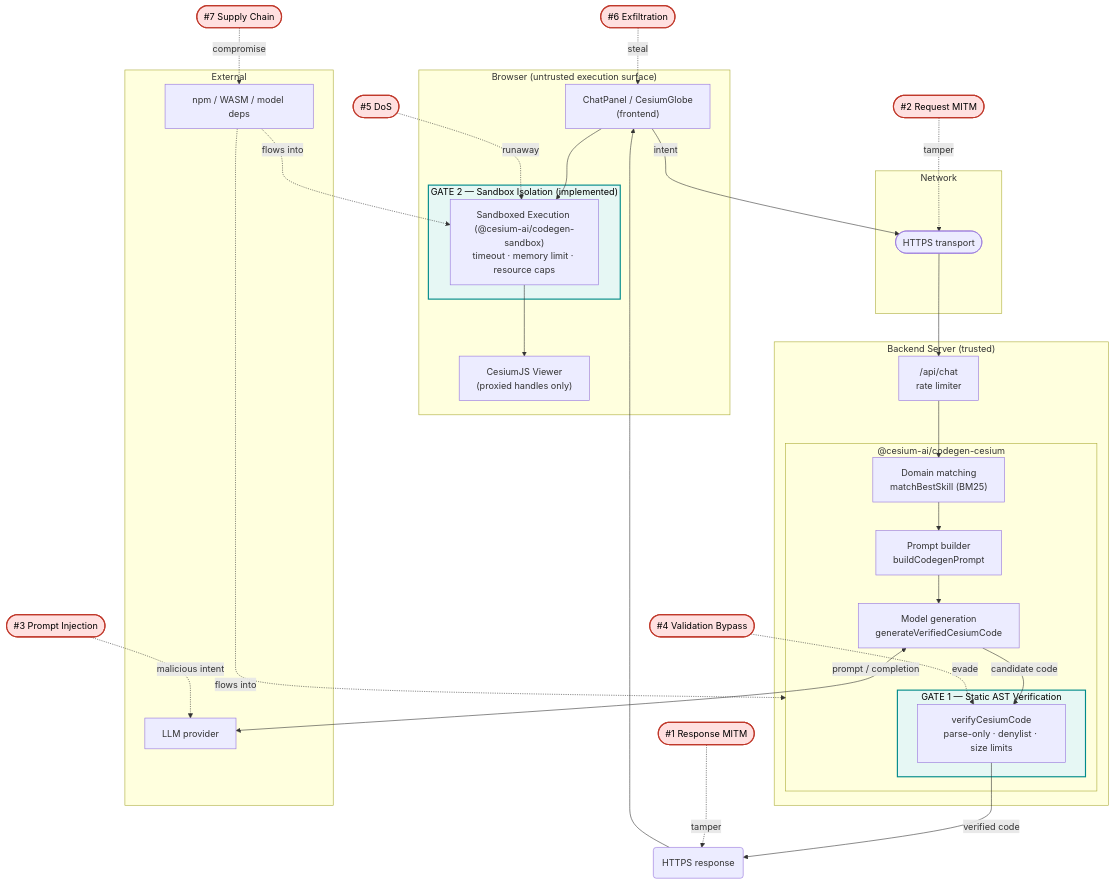
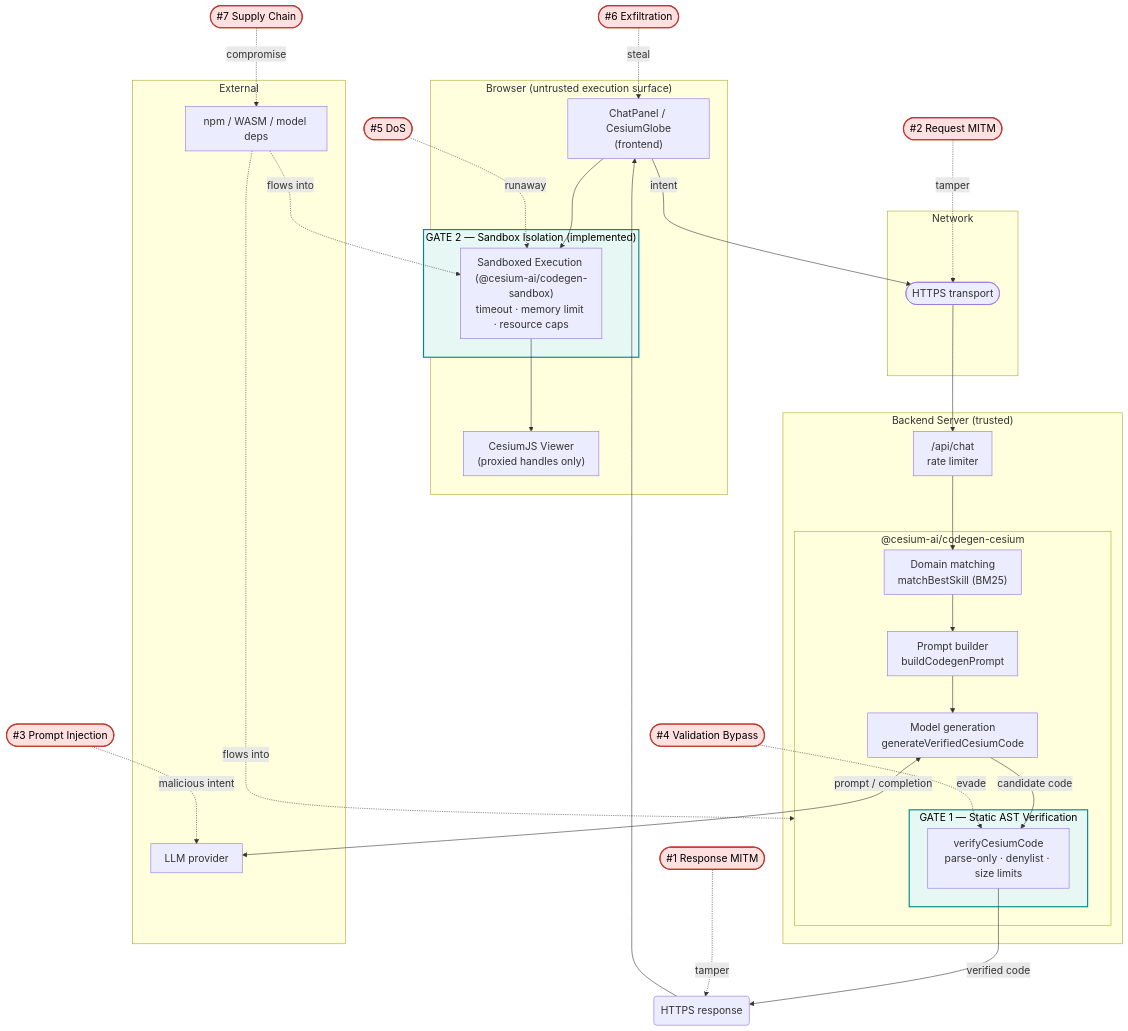
Before and after one commit to CesiumGS/cesiumjs-ai-starter-app: the diagram in docs/architectures/codegen-tool-security-attacks-vectors.md, drawn with Mermaid. The commit also changed other lines of this file and 21 other files, not shown here.

````diff
--- a/docs/architectures/codegen-tool-security-attacks-vectors.md
+++ b/docs/architectures/codegen-tool-security-attacks-vectors.md
@@ -24,52 +24,53 @@
 ```mermaid
+%%{init: {"themeVariables": {"fontSize": "18px"}, "flowchart": {"nodeSpacing": 45, "rankSpacing": 65, "padding": 12}}}%%
 flowchart TB
     subgraph CLIENT["Browser (untrusted execution surface)"]
         FE["ChatPanel / CesiumGlobe<br/>(frontend)"]
         subgraph GATE2["GATE 2 — Sandbox Isolation (implemented)"]
             SBX["Sandboxed Execution (@cesium-ai/codegen-sandbox)<br/>timeout · memory limit · resource caps"]
         end
         VIEWER["CesiumJS Viewer<br/>(proxied handles only)"]
     end
 
     subgraph NET["Network"]
         WIRE(["HTTPS transport"])
     end
 
     subgraph SERVER["Backend Server (trusted)"]
         API["/api/chat<br/>rate limiter"]
         subgraph CG["@cesium-ai/codegen-cesium"]
             DM["Domain matching<br/>matchBestSkill (BM25)"]
             PB["Prompt builder<br/>buildCodegenPrompt"]
             GEN["Model generation<br/>generateVerifiedCesiumCode"]
             subgraph GATE1["GATE 1 — Static AST Verification"]
                 VER["verifyCesiumCode<br/>parse-only · denylist · size limits"]
             end
         end
     end
 
     subgraph EXT["External"]
         LLM["LLM provider"]
         DEPS["npm / WASM / model deps"]
     end
 
     FE -->|intent| WIRE --> API --> DM --> PB --> GEN
     GEN <-->|prompt / completion| LLM
     GEN -->|candidate code| VER
     VER -->|verified code| WIRE2("HTTPS response") --> FE
     FE --> SBX --> VIEWER
 
     N2(["#2 Request MITM"]) -. tamper .-> WIRE
     N1(["#1 Response MITM"]) -. tamper .-> WIRE2
     N3(["#3 Prompt Injection"]) -. malicious intent .-> LLM
     N4(["#4 Validation Bypass"]) -. evade .-> VER
     N5(["#5 DoS"]) -. runaway .-> SBX
     N6(["#6 Exfiltration"]) -. steal .-> FE
     N7(["#7 Supply Chain"]) -. compromise .-> DEPS
     DEPS -. flows into .-> CG
     DEPS -. flows into .-> SBX
 
     classDef attack fill:#ffe0e0,stroke:#c0392b,stroke-width:2px,color:#000;
     classDef gate fill:#e6f7f4,stroke:#008B8B,stroke-width:2px,color:#000;
     class N1,N2,N3,N4,N5,N6,N7 attack;
     class GATE1,GATE2 gate;
 ```
````
